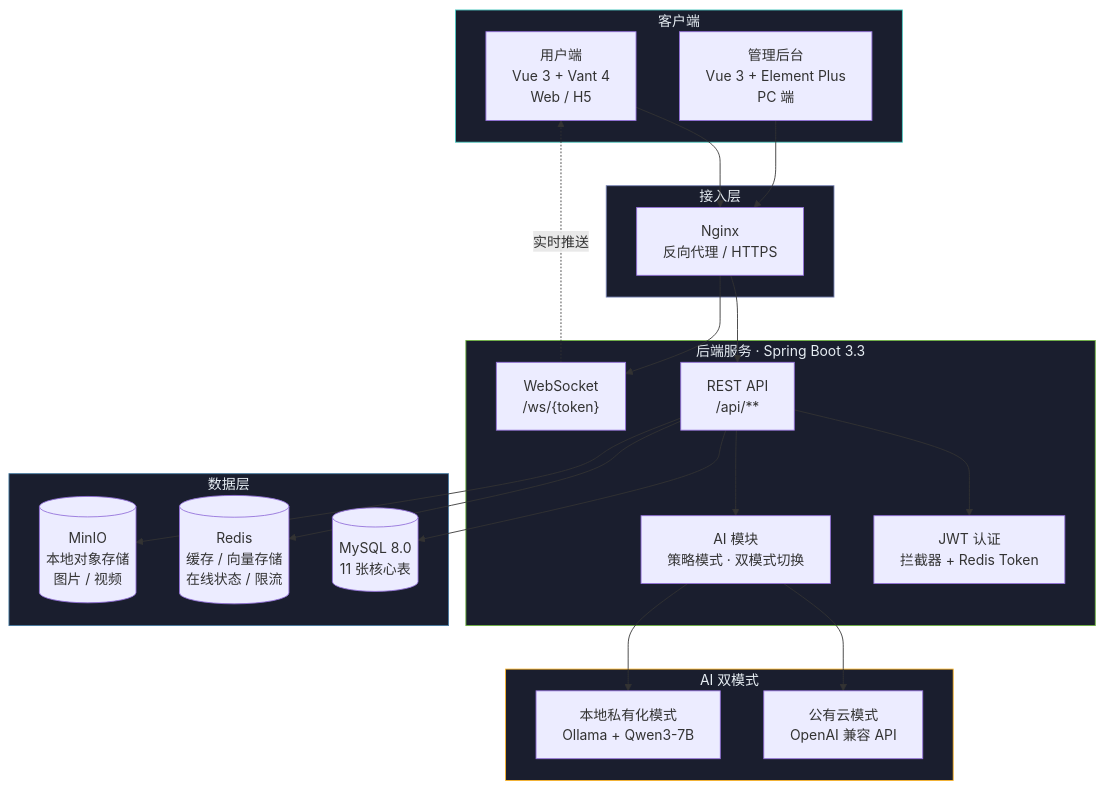
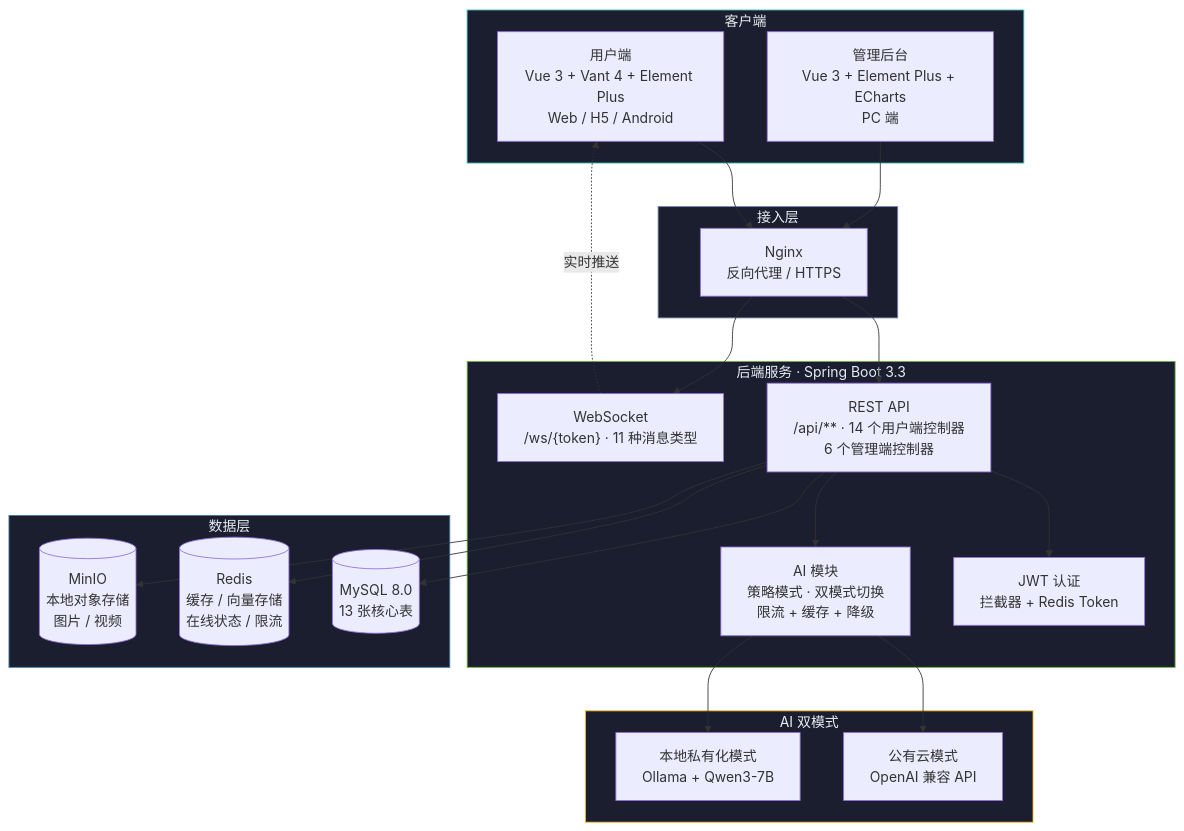
The diagram in README.md (JohnvenTom/Minthive), drawn with Mermaid before and after one commit. The commit also changed other lines of this file, not shown here.

````diff
--- a/README.md
+++ b/README.md
@@ -143,48 +147,48 @@
 ```mermaid
 flowchart TB
     subgraph CLIENT["客户端"]
-        USER["用户端<br/>Vue 3 + Vant 4<br/>Web / H5"]
-        ADMIN["管理后台<br/>Vue 3 + Element Plus<br/>PC 端"]
+        USER["用户端<br/>Vue 3 + Vant 4 + Element Plus<br/>Web / H5 / Android"]
+        ADMIN["管理后台<br/>Vue 3 + Element Plus + ECharts<br/>PC 端"]
     end
 
     subgraph GATEWAY["接入层"]
         NGINX["Nginx<br/>反向代理 / HTTPS"]
     end
 
     subgraph BACKEND["后端服务 · Spring Boot 3.3"]
-        API["REST API<br/>/api/**"]
-        WS["WebSocket<br/>/ws/{token}"]
-        AI["AI 模块<br/>策略模式 · 双模式切换"]
+        API["REST API<br/>/api/** · 14 个用户端控制器<br/>6 个管理端控制器"]
+        WS["WebSocket<br/>/ws/{token} · 11 种消息类型"]
+        AI["AI 模块<br/>策略模式 · 双模式切换<br/>限流 + 缓存 + 降级"]
         SECURITY["JWT 认证<br/>拦截器 + Redis Token"]
     end
 
     subgraph STORAGE["数据层"]
-        MYSQL[("MySQL 8.0<br/>11 张核心表")]
+        MYSQL[("MySQL 8.0<br/>13 张核心表")]
         REDIS[("Redis<br/>缓存 / 向量存储<br/>在线状态 / 限流")]
         MINIO[("MinIO<br/>本地对象存储<br/>图片 / 视频")]
     end
 
     subgraph AI_MODE["AI 双模式"]
         CLOUD["公有云模式<br/>OpenAI 兼容 API"]
         LOCAL["本地私有化模式<br/>Ollama + Qwen3-7B"]
     end
 
     USER --> NGINX
     ADMIN --> NGINX
     NGINX --> API
     NGINX --> WS
     API --> SECURITY
     API --> AI
     API --> MYSQL
     API --> REDIS
     API --> MINIO
     AI --> CLOUD
     AI --> LOCAL
     WS -.->|实时推送| USER
 
     style CLIENT fill:#1a1e2e,stroke:#4ECDC4,color:#e6edf3
     style GATEWAY fill:#1a1e2e,stroke:#7A86B8,color:#e6edf3
     style BACKEND fill:#1a1e2e,stroke:#6DB33F,color:#e6edf3
     style STORAGE fill:#1a1e2e,stroke:#4479A1,color:#e6edf3
     style AI_MODE fill:#1a1e2e,stroke:#FFB627,color:#e6edf3
 ```
````
